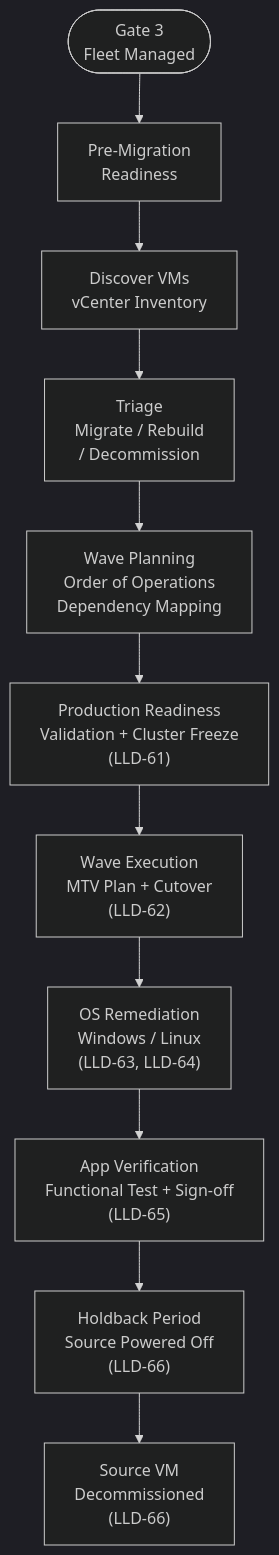
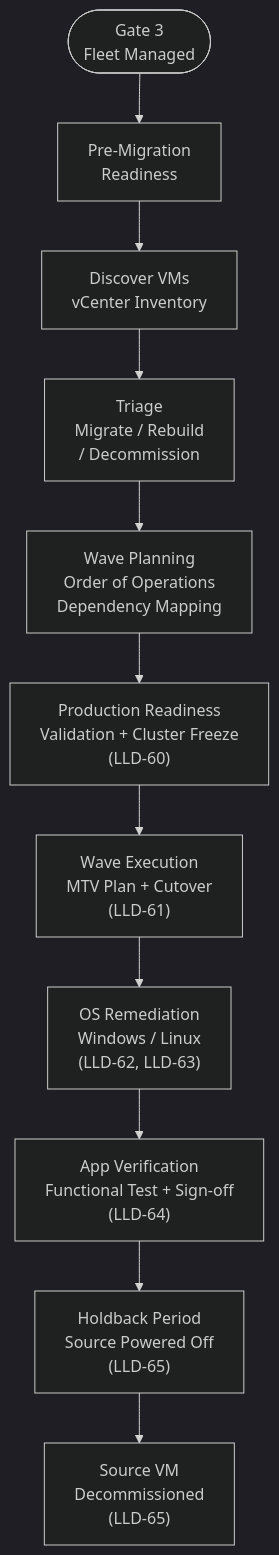
One commit to stratus-ss/arch-design-doc-generator changed the second of 2 diagrams in templates/LLD/Template_OCP-V_LLD_Phase4_Migration.md. Above: the diagram before and after it, drawn with Mermaid (dark theme). The commit also changed other lines of this file and 12 other files, not shown here.

````diff
--- a/templates/LLD/Template_OCP-V_LLD_Phase4_Migration.md
+++ b/templates/LLD/Template_OCP-V_LLD_Phase4_Migration.md
@@ -60,13 +60,13 @@
 ```mermaid
 flowchart TB
     G3(["Gate 3\nFleet Managed"]) --> READY["Pre-Migration\nReadiness"]
     READY --> DISC["Discover VMs\nvCenter Inventory"]
     DISC --> TRIAGE["Triage\nMigrate / Rebuild\n/ Decommission"]
     TRIAGE --> WAVEPLAN["Wave Planning\nOrder of Operations\nDependency Mapping"]
-    WAVEPLAN --> GOLIVE["Production Readiness\nValidation + Cluster Freeze\n(LLD-61)"]
-    GOLIVE --> EXEC["Wave Execution\nMTV Plan + Cutover\n(LLD-62)"]
-    EXEC --> REMEDIATE["OS Remediation\nWindows / Linux\n(LLD-63, LLD-64)"]
-    REMEDIATE --> APPVER["App Verification\nFunctional Test + Sign-off\n(LLD-65)"]
-    APPVER --> HOLD["Holdback Period\nSource Powered Off\n(LLD-66)"]
-    HOLD --> DECOM["Source VM\nDecommissioned\n(LLD-66)"]
+    WAVEPLAN --> GOLIVE["Production Readiness\nValidation + Cluster Freeze\n(LLD-60)"]
+    GOLIVE --> EXEC["Wave Execution\nMTV Plan + Cutover\n(LLD-61)"]
+    EXEC --> REMEDIATE["OS Remediation\nWindows / Linux\n(LLD-62, LLD-63)"]
+    REMEDIATE --> APPVER["App Verification\nFunctional Test + Sign-off\n(LLD-64)"]
+    APPVER --> HOLD["Holdback Period\nSource Powered Off\n(LLD-65)"]
+    HOLD --> DECOM["Source VM\nDecommissioned\n(LLD-65)"]
 ```
````
